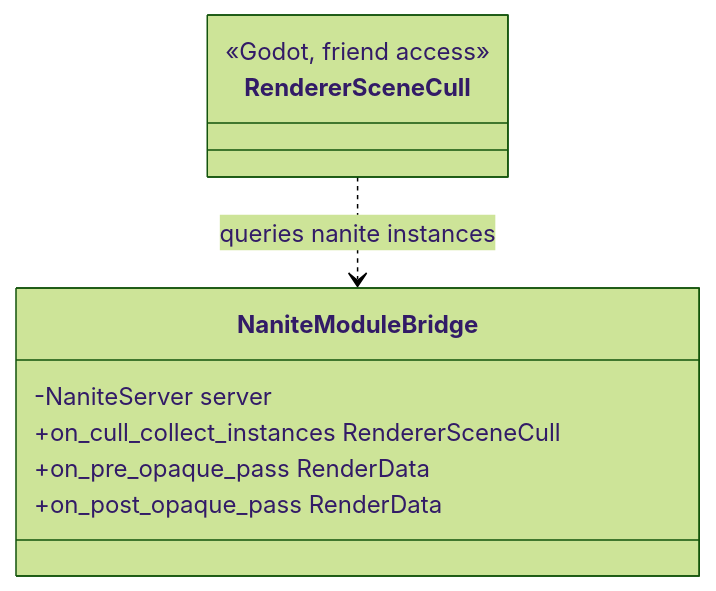
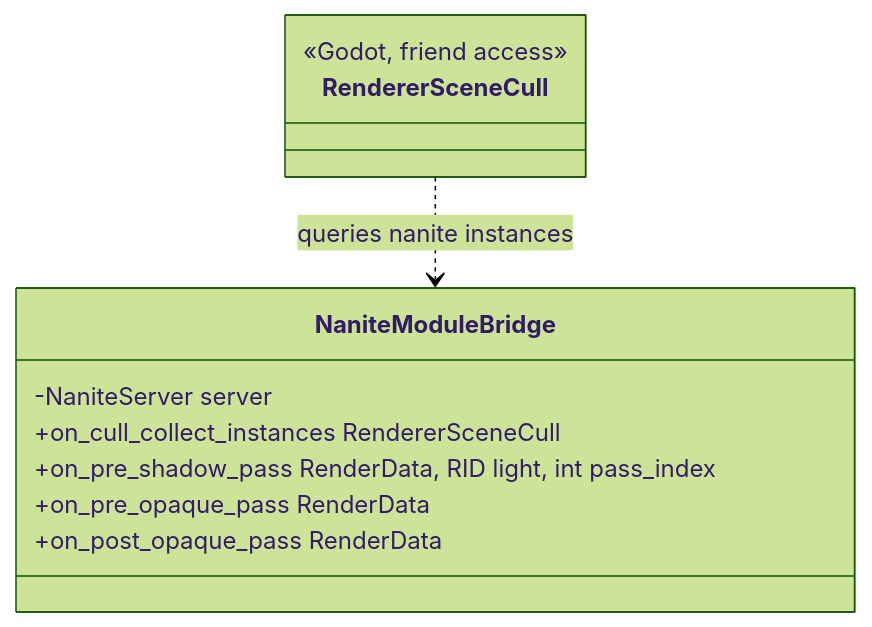
One commit to alonecat06/godot changed diagram 27 of 30 in sourcecode_analysis/nanite-godot-design.md. Above: the diagram before and after it, drawn with Mermaid (forest theme). The commit also changed other lines of this file, not shown here.

````diff
--- a/sourcecode_analysis/nanite-godot-design.md
+++ b/sourcecode_analysis/nanite-godot-design.md
@@ -2798,13 +2799,14 @@
 ```mermaid
 classDiagram
     class RendererSceneCull {
         <<Godot, friend access>>
     }
     class NaniteModuleBridge {
         -NaniteServer server
         +on_cull_collect_instances RendererSceneCull
+        +on_pre_shadow_pass RenderData, RID light, int pass_index
         +on_pre_opaque_pass RenderData
         +on_post_opaque_pass RenderData
     }
     RendererSceneCull ..> NaniteModuleBridge : queries nanite instances
 ```
````
